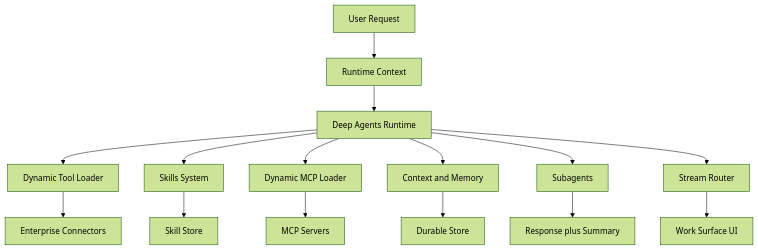
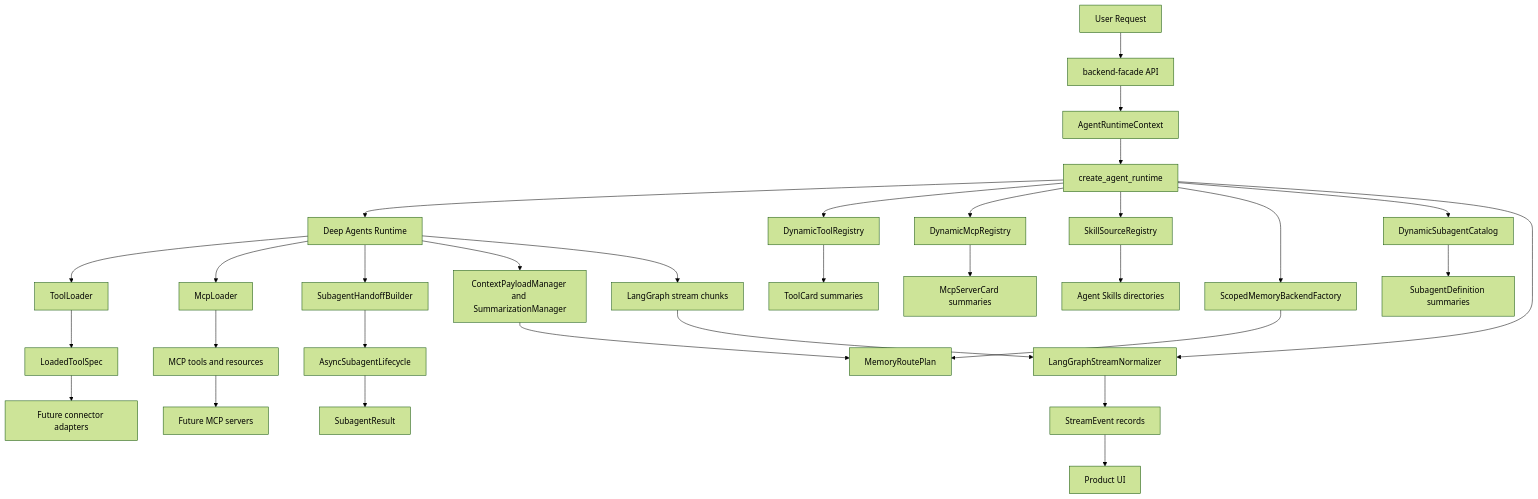
One commit to 0x-copilot-dev/0x-copilot changed the diagram in services/ai-backend/docs/architecture/system-overview.md. Above: the diagram before and after it, drawn with Mermaid (forest theme). The commit also changed other lines of this file and 42 other files, not shown here.

````diff
--- a/services/ai-backend/docs/architecture/system-overview.md
+++ b/services/ai-backend/docs/architecture/system-overview.md
@@ -11,17 +11,40 @@
 ```mermaid
 flowchart TD
-  UserRequest[User Request] --> RuntimeContext[Runtime Context]
-  RuntimeContext --> DeepAgentRuntime[Deep Agents Runtime]
-  DeepAgentRuntime --> ToolLoader[Dynamic Tool Loader]
-  DeepAgentRuntime --> SkillSystem[Skills System]
-  DeepAgentRuntime --> McpLoader[Dynamic MCP Loader]
-  DeepAgentRuntime --> ContextMemory[Context and Memory]
-  DeepAgentRuntime --> Subagents[Subagents]
-  DeepAgentRuntime --> StreamRouter[Stream Router]
-  ToolLoader --> EnterpriseConnectors[Enterprise Connectors]
-  McpLoader --> McpServers[MCP Servers]
-  SkillSystem --> SkillStore[Skill Store]
-  ContextMemory --> DurableStore[Durable Store]
-  Subagents --> SubagentResults[Response plus Summary]
-  StreamRouter --> WorkSurfaceUI[Work Surface UI]
+  UserRequest[User Request] --> Facade[backend-facade API]
+  Facade --> RuntimeContext[AgentRuntimeContext]
+  RuntimeContext --> RuntimeFactory[create_agent_runtime]
+  RuntimeFactory --> DeepAgent[Deep Agents Runtime]
+
+  RuntimeFactory --> ToolRegistry[DynamicToolRegistry]
+  RuntimeFactory --> McpRegistry[DynamicMcpRegistry]
+  RuntimeFactory --> SkillRegistry[SkillSourceRegistry]
+  RuntimeFactory --> MemoryFactory[ScopedMemoryBackendFactory]
+  RuntimeFactory --> SubagentCatalog[DynamicSubagentCatalog]
+  RuntimeFactory --> StreamNormalizer[LangGraphStreamNormalizer]
+
+  ToolRegistry --> ToolCards[ToolCard summaries]
+  McpRegistry --> McpCards[McpServerCard summaries]
+  SkillRegistry --> SkillDirs[Agent Skills directories]
+  MemoryFactory --> MemoryRoutes[MemoryRoutePlan]
+  SubagentCatalog --> SubagentDefs[SubagentDefinition summaries]
+
+  DeepAgent --> ToolLoader[ToolLoader]
+  ToolLoader --> LoadedToolSpec[LoadedToolSpec]
+  LoadedToolSpec --> ConnectorAdapters[Future connector adapters]
+
+  DeepAgent --> McpLoader[McpLoader]
+  McpLoader --> McpDescriptors[MCP tools and resources]
+  McpDescriptors --> McpServers[Future MCP servers]
+
+  DeepAgent --> Handoff[SubagentHandoffBuilder]
+  Handoff --> AsyncLifecycle[AsyncSubagentLifecycle]
+  AsyncLifecycle --> SubagentResult[SubagentResult]
+
+  DeepAgent --> ContextManagers[ContextPayloadManager and SummarizationManager]
+  ContextManagers --> MemoryRoutes
+
+  DeepAgent --> RawEvents[LangGraph stream chunks]
+  RawEvents --> StreamNormalizer
+  StreamNormalizer --> StreamEvents[StreamEvent records]
+  StreamEvents --> WorkSurfaceUI[Product UI]
 ```
````
